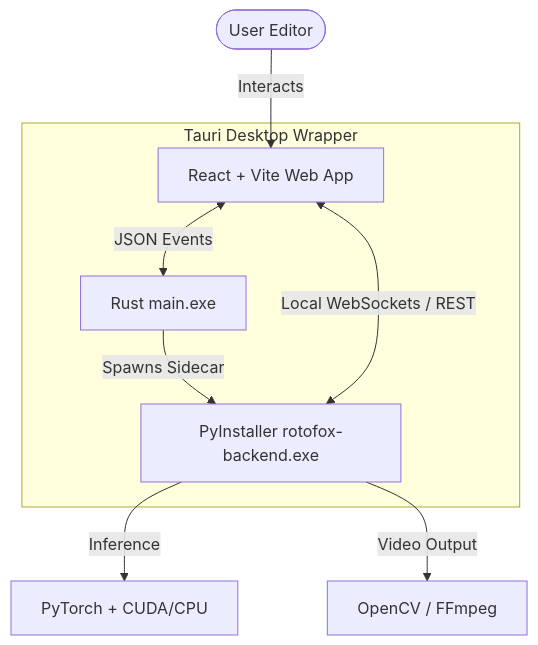
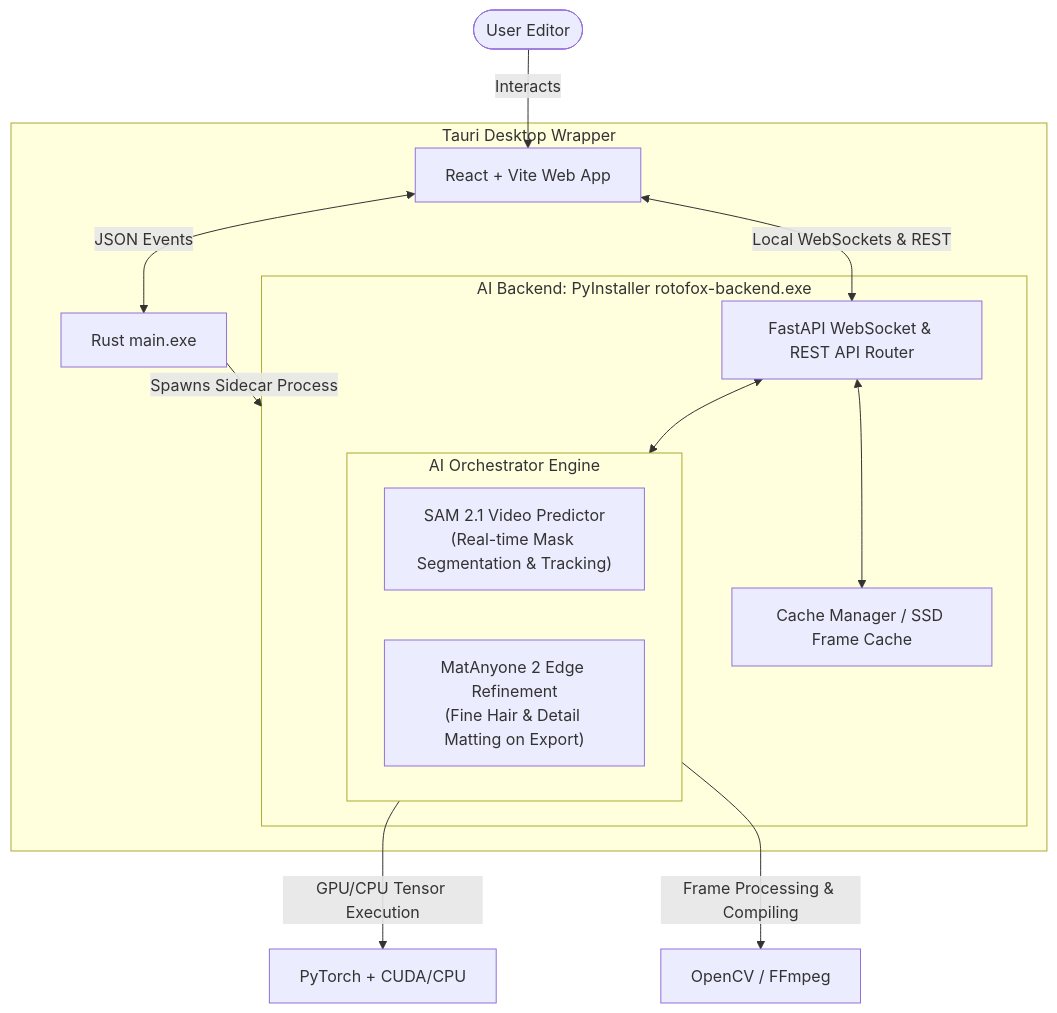
The diagram in README.md (hygef-v4/RotoFox), drawn with Mermaid before and after one commit. The commit also changed other lines of this file, not shown here.

Commit message:
docs: clarify backend roles for SAM 2.1 and MatAnyone 2 in architecture layout

````diff
--- a/README.md
+++ b/README.md
@@ -118,11 +118,26 @@
 ```mermaid
 graph TD
     User([User Editor]) -->|Interacts| Frontend[React + Vite Web App]
+    
     subgraph Tauri Desktop Wrapper
         Frontend <-->|JSON Events| RustCore[Rust main.exe]
-        RustCore -->|Spawns Sidecar| BackendSidecar[PyInstaller rotofox-backend.exe]
+        RustCore -->|Spawns Sidecar Process| BackendSidecar[PyInstaller rotofox-backend.exe]
     end
-    BackendSidecar <-->|Local WebSockets / REST| Frontend
-    BackendSidecar -->|Inference| PyTorch[PyTorch + CUDA/CPU]
-    BackendSidecar -->|Video Output| OpenCV[OpenCV / FFmpeg]
+    
+    subgraph BackendSidecar [AI Backend: PyInstaller rotofox-backend.exe]
+        API[FastAPI WebSocket & REST API Router]
+        
+        subgraph AIEngine [AI Orchestrator Engine]
+            SAM2["SAM 2.1 Video Predictor<br>(Real-time Mask Segmentation & Tracking)"]
+            MatAnyone["MatAnyone 2 Edge Refinement<br>(Fine Hair & Detail Matting on Export)"]
+        end
+        
+        Cache[Cache Manager / SSD Frame Cache]
+    end
+    
+    Frontend <-->|Local WebSockets & REST| API
+    API <--> AIEngine
+    API <--> Cache
+    AIEngine -->|GPU/CPU Tensor Execution| PyTorch[PyTorch + CUDA/CPU]
+    AIEngine -->|Frame Processing & Compiling| OpenCV[OpenCV / FFmpeg]
 ```
````
